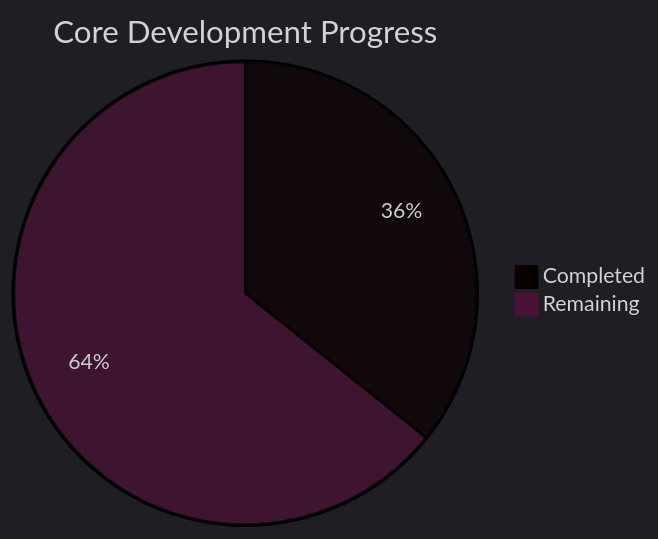
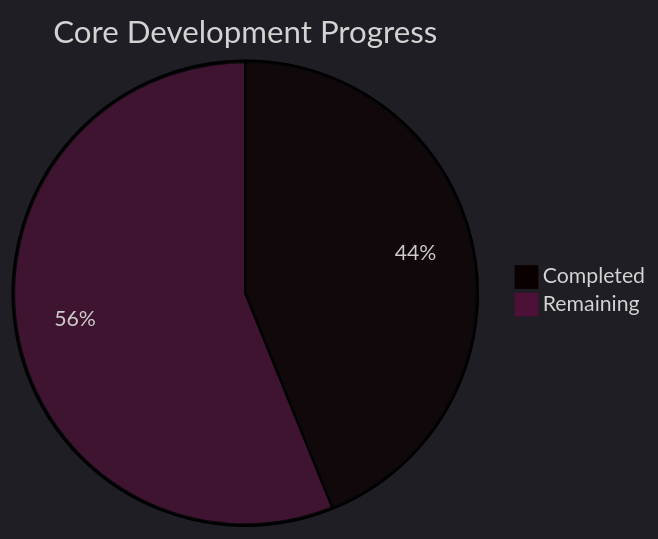
Before and after one commit to Neogleamz/SK8Lytz: the first of 5 diagrams in tools/SK8Lytz_Bucket_List.md, drawn with Mermaid. The commit also changed other lines of this file and 4 other files, not shown here.

````diff
--- a/tools/SK8Lytz_Bucket_List.md
+++ b/tools/SK8Lytz_Bucket_List.md
@@ -9,6 +9,6 @@
 ```mermaid
 %%{init: {'theme': 'dark'}}%%
 pie title Core Development Progress
-  "Completed" : 20
-  "Remaining" : 36
+  "Completed" : 25
+  "Remaining" : 32
 ```
````
